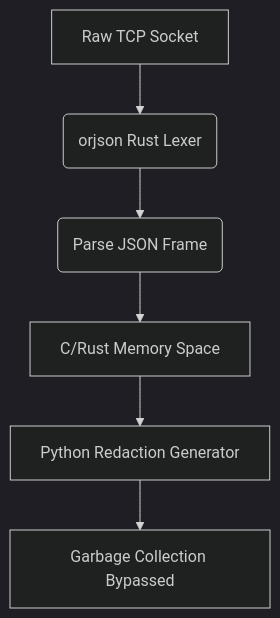
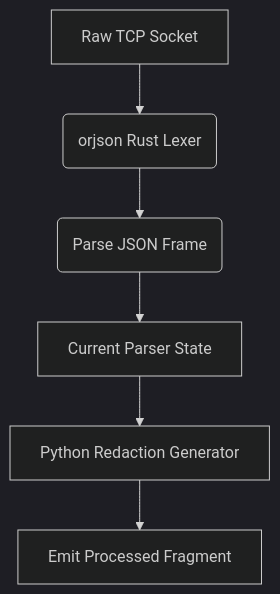
The diagram in website/docs/features/ultra-low-latency-streaming-traffic-engineering/zero-allocation-streaming-json-lexer.md (ninadphalak/LLM-Shield-Proxy), drawn with Mermaid (dark theme) before and after one commit. The commit also changed other lines of this file and 81 other files, not shown here.

````diff
--- a/website/docs/features/ultra-low-latency-streaming-traffic-engineering/zero-allocation-streaming-json-lexer.md
+++ b/website/docs/features/ultra-low-latency-streaming-traffic-engineering/zero-allocation-streaming-json-lexer.md
@@ -16,8 +17,8 @@
 ```mermaid
 flowchart TD
     A[Raw TCP Socket] --> B(orjson Rust Lexer)
     B --> C(Parse JSON Frame)
-    C --> D[C/Rust Memory Space]
+    C --> D[Current Parser State]
     D --> E[Python Redaction Generator]
-    E --> F[Garbage Collection Bypassed]
+    E --> F[Emit Processed Fragment]
 ```
````
